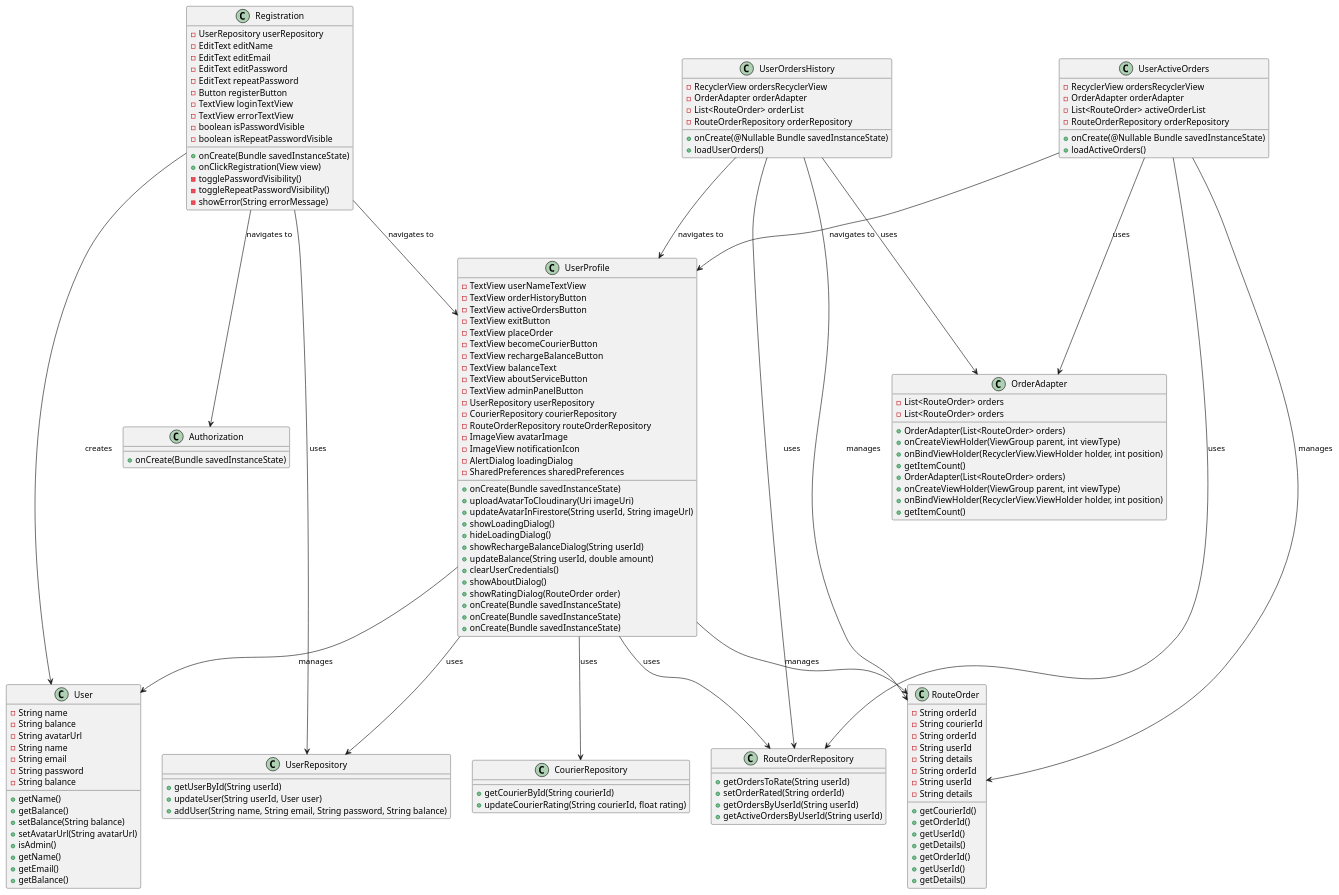
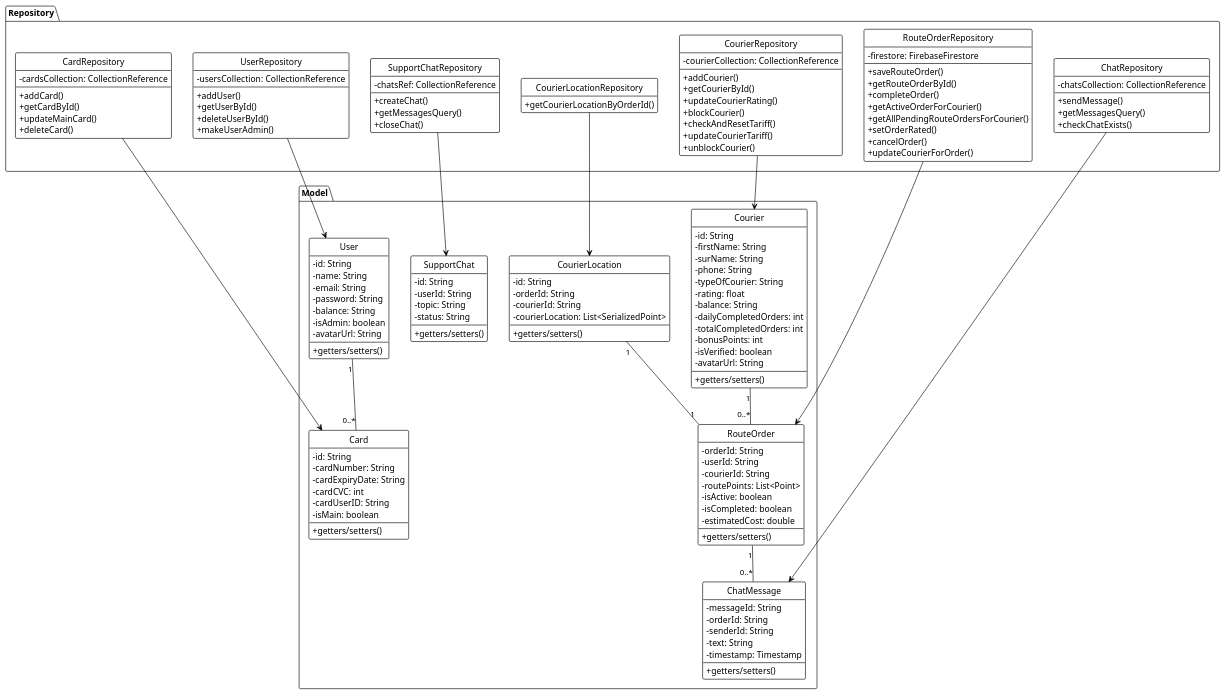
The diagram in app/src/main/java/com/example/delivery/UserProfile.puml (Sa1meq/Delivery), drawn with PlantUML before and after one commit. The commit also changed 98 other files, not shown here.

```diff
--- a/app/src/main/java/com/example/delivery/UserProfile.puml
+++ b/app/src/main/java/com/example/delivery/UserProfile.puml
@@ -1,197 +1,155 @@
 @startuml
-'https://plantuml.com/class-diagram
+!theme plain
+skinparam classAttributeIconSize 0
+hide empty methods
+hide empty members
+hide circle
 
-    class UserProfile {
-        - TextView userNameTextView
-        - TextView orderHistoryButton
-        - TextView activeOrdersButton
-        - TextView exitButton
-        - TextView placeOrder
-        - TextView becomeCourierButton
-        - TextView rechargeBalanceButton
-        - TextView balanceText
-        - TextView aboutServiceButton
-        - TextView adminPanelButton
-        - UserRepository userRepository
-        - CourierRepository courierRepository
-        - RouteOrderRepository routeOrderRepository
-        - ImageView avatarImage
-        - ImageView notificationIcon
-        - AlertDialog loadingDialog
-        - SharedPreferences sharedPreferences
-        + onCreate(Bundle savedInstanceState)
-        + uploadAvatarToCloudinary(Uri imageUri)
-        + updateAvatarInFirestore(String userId, String imageUrl)
-        + showLoadingDialog()
-        + hideLoadingDialog()
-        + showRechargeBalanceDialog(String userId)
-        + updateBalance(String userId, double amount)
-        + clearUserCredentials()
-        + showAboutDialog()
-        + showRatingDialog(RouteOrder order)
+package Model <<Folder>> {
+    class Card {
+        - id: String
+        - cardNumber: String
+        - cardExpiryDate: String
+        - cardCVC: int
+        - cardUserID: String
+        - isMain: boolean
+        + getters/setters()
+    }
+
+    class ChatMessage {
+        - messageId: String
+        - orderId: String
+        - senderId: String
+        - text: String
+        - timestamp: Timestamp
+        + getters/setters()
+    }
+
+    class Courier {
+        - id: String
+        - firstName: String
+        - surName: String
+        - phone: String
+        - typeOfCourier: String
+        - rating: float
+        - balance: String
+        - dailyCompletedOrders: int
+        - totalCompletedOrders: int
+        - bonusPoints: int
+        - isVerified: boolean
+        - avatarUrl: String
+        + getters/setters()
+    }
+
+    class RouteOrder {
+        - orderId: String
+        - userId: String
+        - courierId: String
+        - routePoints: List<Point>
+        - isActive: boolean
+        - isCompleted: boolean
+        - estimatedCost: double
+        + getters/setters()
+    }
+
+    class User {
+        - id: String
+        - name: String
+        - email: String
+        - password: String
+        - balance: String
+        - isAdmin: boolean
+        - avatarUrl: String
+        + getters/setters()
+    }
+
+    class SupportChat {
+        - id: String
+        - userId: String
+        - topic: String
+        - status: String
+        + getters/setters()
+    }
+
+    class CourierLocation {
+        - id: String
+        - orderId: String
+        - courierId: String
+        - courierLocation: List<SerializedPoint>
+        + getters/setters()
+    }
+}
+
+package Repository <<Folder>> {
+    class CardRepository {
+        - cardsCollection: CollectionReference
+        + addCard()
+        + getCardById()
+        + updateMainCard()
+        + deleteCard()
+    }
+
+    class ChatRepository {
+        - chatsCollection: CollectionReference
+        + sendMessage()
+        + getMessagesQuery()
+        + checkChatExists()
+    }
+
+    class CourierRepository {
+        - courierCollection: CollectionReference
+        + addCourier()
+        + getCourierById()
+        + updateCourierRating()
+        + blockCourier()
+        + checkAndResetTariff()
+        + updateCourierTariff()
+        + unblockCourier()
+    }
+
+    class RouteOrderRepository {
+        - firestore: FirebaseFirestore
+        + saveRouteOrder()
+        + getRouteOrderById()
+        + completeOrder()
+        + getActiveOrderForCourier()
+        + getAllPendingRouteOrdersForCourier()
+        + setOrderRated()
+        + cancelOrder()
+        + updateCourierForOrder()
     }
 
     class UserRepository {
-        + getUserById(String userId)
-        + updateUser(String userId, User user)
+        - usersCollection: CollectionReference
+        + addUser()
+        + getUserById()
+        + deleteUserById()
+        + makeUserAdmin()
     }
 
-    class CourierRepository {
-        + getCourierById(String courierId)
-        + updateCourierRating(String courierId, float rating)
+    class SupportChatRepository {
+        - chatsRef: CollectionReference
+        + createChat()
+        + getMessagesQuery()
+        + closeChat()
     }
 
-    class RouteOrderRepository {
-        + getOrdersToRate(String userId)
-        + setOrderRated(String orderId)
+    class CourierLocationRepository {
+        + getCourierLocationByOrderId()
     }
-
-    class RouteOrder {
-        - String orderId
-        - String courierId
-        + getCourierId()
-    }
-
-    class User {
-        - String name
-        - String balance
-        - String avatarUrl
-        + getName()
-        + getBalance()
-        + setBalance(String balance)
-        + setAvatarUrl(String avatarUrl)
-        + isAdmin()
-    }
-
-    UserProfile --> UserRepository : uses
-    UserProfile --> CourierRepository : uses
-    UserProfile --> RouteOrderRepository : uses
-    UserProfile --> RouteOrder : manages
-    UserProfile --> User : manages
-    class UserOrdersHistory {
-            - RecyclerView ordersRecyclerView
-            - OrderAdapter orderAdapter
-            - List<RouteOrder> orderList
-            - RouteOrderRepository orderRepository
-            + onCreate(@Nullable Bundle savedInstanceState)
-            + loadUserOrders()
-        }
-
-        class OrderAdapter {
-            - List<RouteOrder> orders
-            + OrderAdapter(List<RouteOrder> orders)
-            + onCreateViewHolder(ViewGroup parent, int viewType)
-            + onBindViewHolder(RecyclerView.ViewHolder holder, int position)
-            + getItemCount()
-        }
-
-        class RouteOrderRepository {
-            + getOrdersByUserId(String userId)
-        }
-
-        class RouteOrder {
-            - String orderId
-            - String userId
-            - String details
-            + getOrderId()
-            + getUserId()
-            + getDetails()
-        }
-
-        class UserProfile {
-            + onCreate(Bundle savedInstanceState)
-        }
-
-
-        UserOrdersHistory --> OrderAdapter : uses
-        UserOrdersHistory --> RouteOrderRepository : uses
-        UserOrdersHistory --> RouteOrder : manages
-        UserOrdersHistory --> UserProfile : navigates to
-         UserActiveOrders --> OrderAdapter : uses
-         class UserActiveOrders {
-                 - RecyclerView ordersRecyclerView
-                 - OrderAdapter orderAdapter
-                 - List<RouteOrder> activeOrderList
-                 - RouteOrderRepository orderRepository
-                 + onCreate(@Nullable Bundle savedInstanceState)
-                 + loadActiveOrders()
-             }
-
-             class OrderAdapter {
-                 - List<RouteOrder> orders
-                 + OrderAdapter(List<RouteOrder> orders)
-                 + onCreateViewHolder(ViewGroup parent, int viewType)
-                 + onBindViewHolder(RecyclerView.ViewHolder holder, int position)
-                 + getItemCount()
-             }
-
-             class RouteOrderRepository {
-                 + getActiveOrdersByUserId(String userId)
-             }
-
-             class RouteOrder {
-                 - String orderId
-                 - String userId
-                 - String details
-                 + getOrderId()
-                 + getUserId()
-                 + getDetails()
-             }
-
-             class UserProfile {
-                 + onCreate(Bundle savedInstanceState)
-             }
-            UserActiveOrders --> RouteOrderRepository : uses
-            UserActiveOrders --> RouteOrder : manages
-            UserActiveOrders --> UserProfile : navigates to
-                class Registration {
-                    - UserRepository userRepository
-                    - EditText editName
-                    - EditText editEmail
-                    - EditText editPassword
-                    - EditText repeatPassword
-                    - Button registerButton
-                    - TextView loginTextView
-                    - TextView errorTextView
-                    - boolean isPasswordVisible
-                    - boolean isRepeatPasswordVisible
-                    + onCreate(Bundle savedInstanceState)
-                    + onClickRegistration(View view)
-                    - togglePasswordVisibility()
-                    - toggleRepeatPasswordVisibility()
-                    - showError(String errorMessage)
-                }
-
-                class UserRepository {
-                    + addUser(String name, String email, String password, String balance)
-                }
-
-                class User {
-                    - String name
-                    - String email
-                    - String password
-                    - String balance
-                    + getName()
-                    + getEmail()
-                    + getBalance()
-                }
-
-                class Authorization {
-                    + onCreate(Bundle savedInstanceState)
-                }
-
-                class UserProfile {
-                    + onCreate(Bundle savedInstanceState)
-                }
-
-                Registration --> UserRepository : uses
-                Registration --> User : creates
-                Registration --> Authorization : navigates to
-                Registration --> UserProfile : navigates to
-
-
-
-
 }
 
+CardRepository --> Card
+ChatRepository --> ChatMessage
+CourierRepository --> Courier
+RouteOrderRepository --> RouteOrder
+UserRepository --> User
+SupportChatRepository --> SupportChat
+CourierLocationRepository --> CourierLocation
+
+RouteOrder "1" -- "0..*" ChatMessage
+Courier "1" -- "0..*" RouteOrder
+User "1" -- "0..*" Card
+CourierLocation "1" -- "1" RouteOrder
+
 @enduml
```
